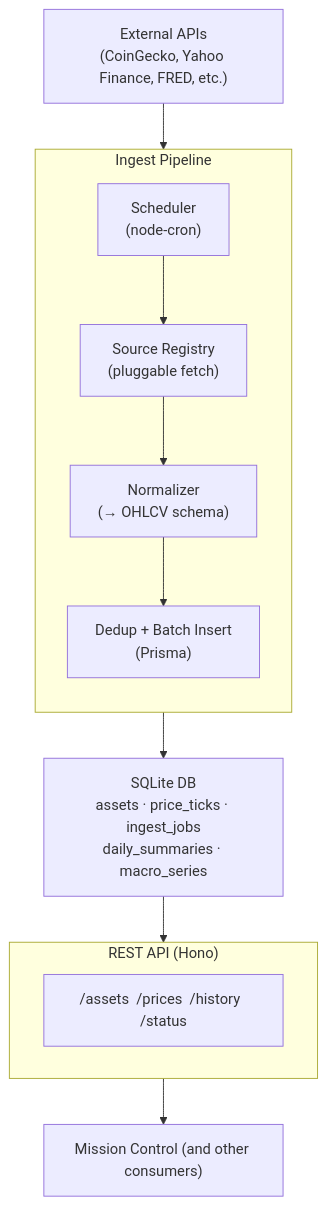
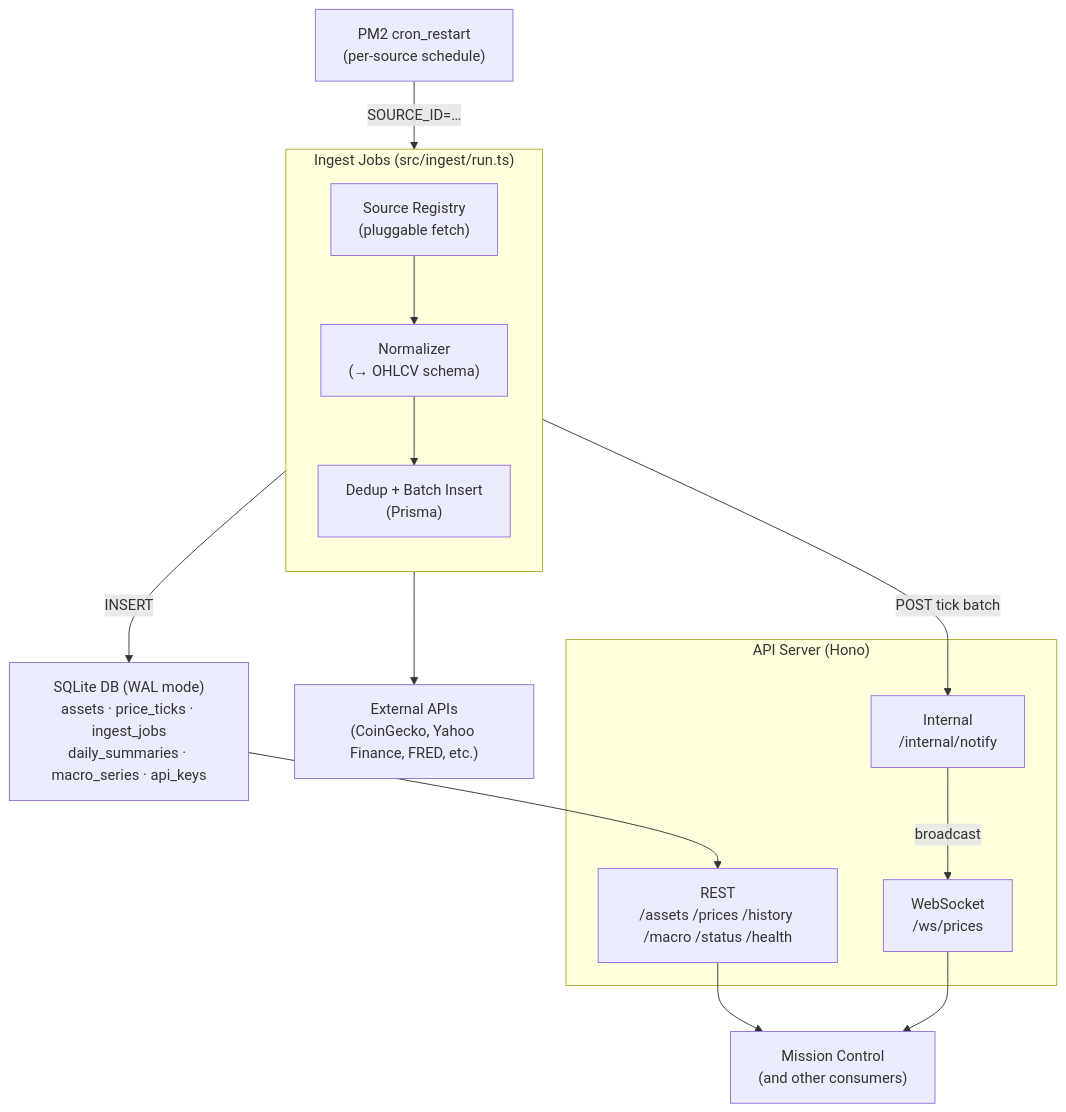
The first of 2 diagrams in docs/architecture.md (salsquared/pulsar), drawn with Mermaid before and after one commit. The commit also changed other lines of this file and 2 other files, not shown here.

Commit message:
refactor: replace node-cron with PM2 cron_restart and update architecture documentation

````diff
--- a/docs/architecture.md
+++ b/docs/architecture.md
@@ -36,26 +35,32 @@
 ```mermaid
 flowchart TD
-    ExtAPIs["External APIs\n(CoinGecko, Yahoo Finance, FRED, etc.)"]
+    PM2["PM2 cron_restart<br/>(per-source schedule)"]
 
-    subgraph Ingest["Ingest Pipeline"]
+    subgraph Ingest["Ingest Jobs (src/ingest/run.ts)"]
         direction TB
-        Scheduler["Scheduler\n(node-cron)"]
-        Registry["Source Registry\n(pluggable fetch)"]
-        Normalizer["Normalizer\n(→ OHLCV schema)"]
-        Dedup["Dedup + Batch Insert\n(Prisma)"]
-        Scheduler --> Registry --> Normalizer --> Dedup
+        Registry["Source Registry<br/>(pluggable fetch)"]
+        Normalizer["Normalizer<br/>(→ OHLCV schema)"]
+        Dedup["Dedup + Batch Insert<br/>(Prisma)"]
+        Registry --> Normalizer --> Dedup
     end
 
-    DB["SQLite DB\nassets · price_ticks · ingest_jobs\ndaily_summaries · macro_series"]
+    ExtAPIs["External APIs<br/>(CoinGecko, Yahoo Finance, FRED, etc.)"]
+    DB["SQLite DB (WAL mode)<br/>assets · price_ticks · ingest_jobs<br/>daily_summaries · macro_series · api_keys"]
 
-    subgraph API["REST API (Hono)"]
-        Routes["/assets  /prices  /history  /status"]
+    subgraph API["API Server (Hono)"]
+        REST["REST<br/>/assets /prices /history /macro /status /health"]
+        WS["WebSocket<br/>/ws/prices"]
+        Internal["Internal<br/>/internal/notify"]
     end
 
-    MC["Mission Control (and other consumers)"]
+    MC["Mission Control<br/>(and other consumers)"]
 
-    ExtAPIs --> Ingest
-    Ingest --> DB
-    DB --> API
-    API --> MC
+    PM2 -->|"SOURCE_ID=…"| Ingest
+    Ingest --> ExtAPIs
+    Ingest -->|"INSERT"| DB
+    Ingest -->|"POST tick batch"| Internal
+    DB --> REST
+    Internal -->|"broadcast"| WS
+    REST --> MC
+    WS --> MC
 ```
````
